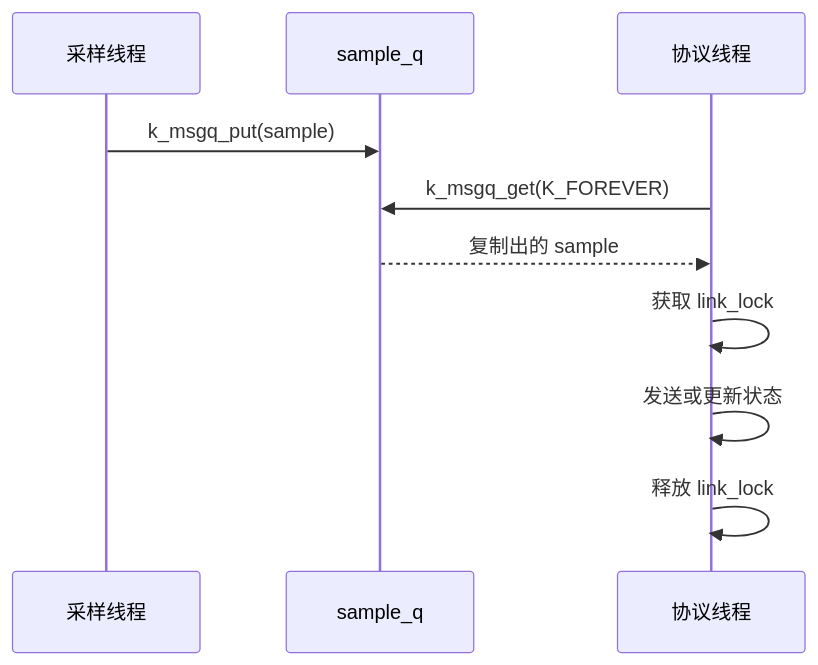
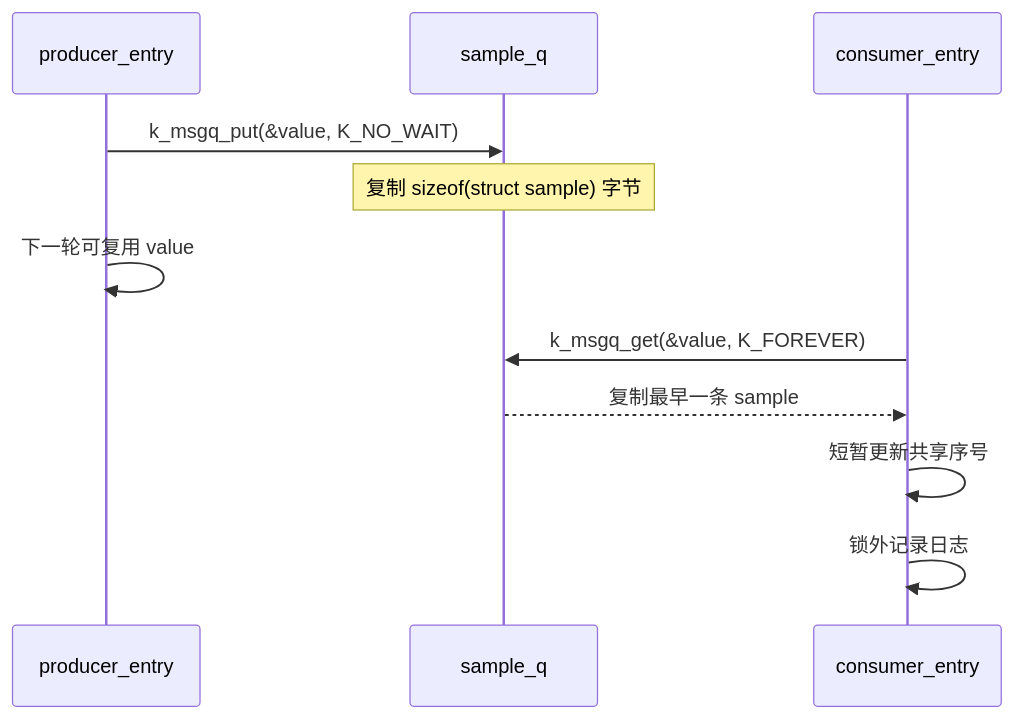
One commit to cdragon-ljl/EEandEdgeAI changed the second of 2 diagrams in docs/articles/zephyr/zephyr-06-sync-ipc-semaphore-queue.md. Above: the diagram before and after it, drawn with Mermaid. The commit also changed other lines of this file and 35 other files, not shown here.

````diff
--- a/docs/articles/zephyr/zephyr-06-sync-ipc-semaphore-queue.md
+++ b/docs/articles/zephyr/zephyr-06-sync-ipc-semaphore-queue.md
@@ -103,12 +413,13 @@
 ```mermaid
 sequenceDiagram
-    participant P as 采样线程
+    participant P as producer_entry
     participant Q as sample_q
-    participant C as 协议线程
-    P->>Q: k_msgq_put(sample)
-    C->>Q: k_msgq_get(K_FOREVER)
-    Q-->>C: 复制出的 sample
-    C->>C: 获取 link_lock
-    C->>C: 发送或更新状态
-    C->>C: 释放 link_lock
+    participant C as consumer_entry
+    P->>Q: k_msgq_put(&value, K_NO_WAIT)
+    Note over Q: 复制 sizeof(struct sample) 字节
+    P->>P: 下一轮可复用 value
+    C->>Q: k_msgq_get(&value, K_FOREVER)
+    Q-->>C: 复制最早一条 sample
+    C->>C: 短暂更新共享序号
+    C->>C: 锁外记录日志
 ```
````
